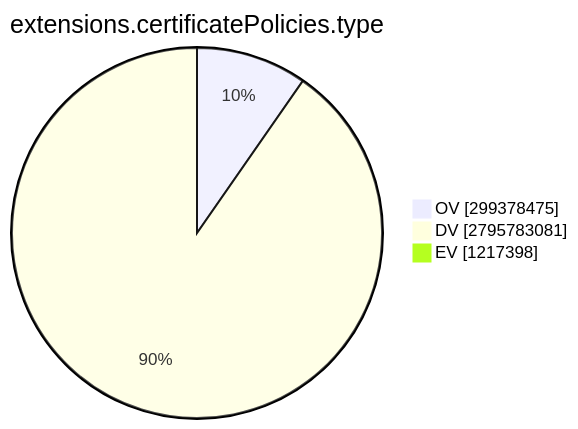
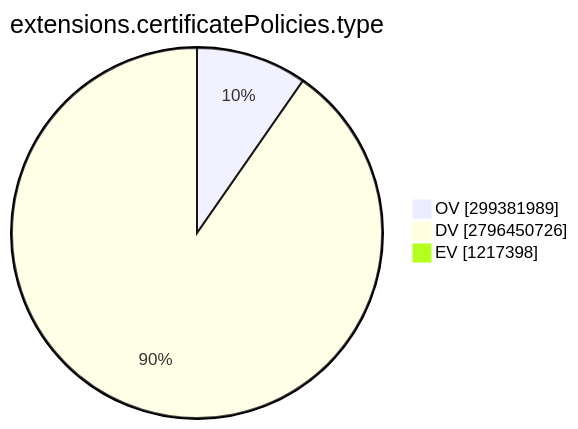
The ninth of 15 diagrams in TOTAL/README.md (christiankrug/ctmonitor_visualization), drawn with Mermaid before and after one commit. The commit also changed other lines of this file, not shown here.

````diff
--- a/TOTAL/README.md
+++ b/TOTAL/README.md
@@ -3101,7 +3101,7 @@
 ```mermaid
 pie showData
 title extensions.certificatePolicies.type
-"OV" :299378475
-"DV" :2795783081
+"OV" :299381989
+"DV" :2796450726
 "EV" :1217398
 ```
````
